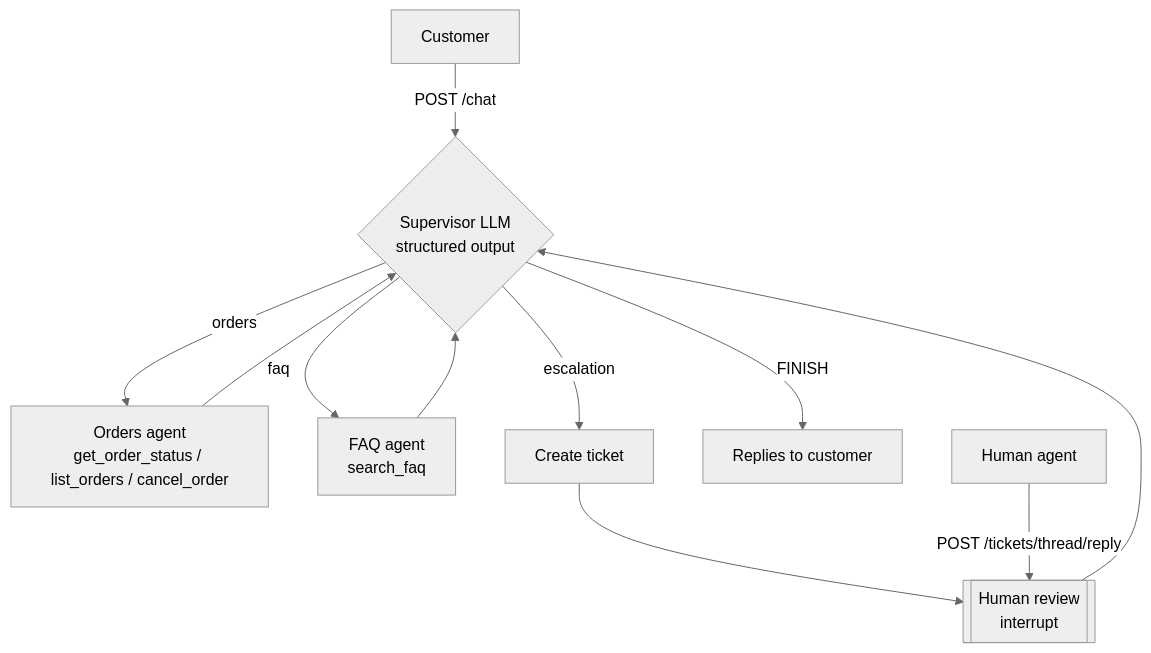
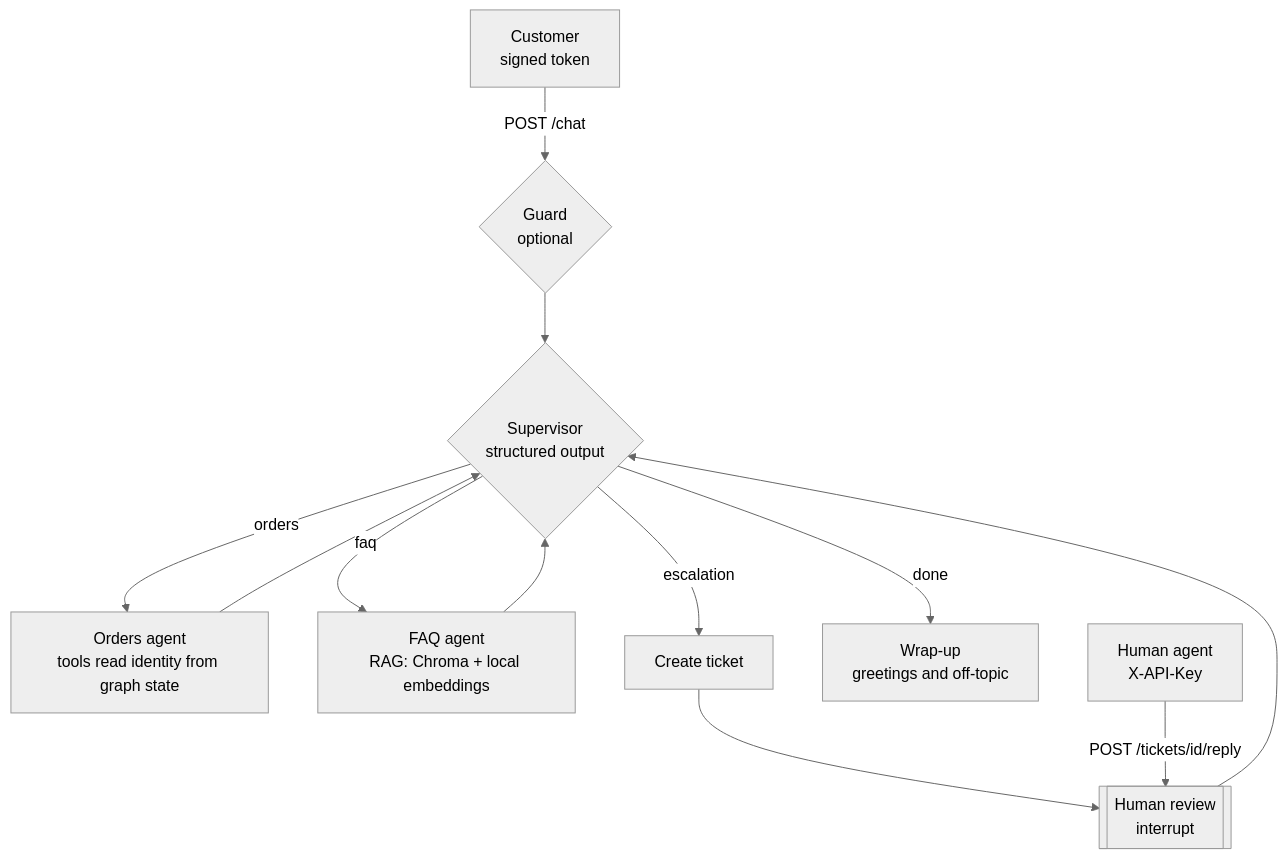
The diagram in README.md (sakshi1801/multi-agent-customer-support), drawn with Mermaid (neutral theme) before and after one commit. The commit also changed other lines of this file and 8 other files, not shown here.

````diff
--- a/README.md
+++ b/README.md
@@ -11,13 +14,14 @@
 ```mermaid
 flowchart TD
-    C[Customer] -->|POST /chat| S{Supervisor LLM<br/>structured output}
-    S -->|orders| O[Orders agent<br/>get_order_status / list_orders / cancel_order]
-    S -->|faq| F[FAQ agent<br/>search_faq]
+    C[Customer<br/>signed token] -->|POST /chat| G{Guard<br/>optional}
+    G --> S{Supervisor<br/>structured output}
+    S -->|orders| O[Orders agent<br/>tools read identity from graph state]
+    S -->|faq| F[FAQ agent<br/>RAG: Chroma + local embeddings]
     S -->|escalation| E[Create ticket]
     E --> H[[Human review<br/>interrupt]]
     O --> S
     F --> S
     H --> S
-    S -->|FINISH| R[Replies to customer]
-    A[Human agent] -->|POST /tickets/thread/reply| H
+    S -->|done| W[Wrap-up<br/>greetings and off-topic]
+    A[Human agent<br/>X-API-Key] -->|POST /tickets/id/reply| H
 ```
````
